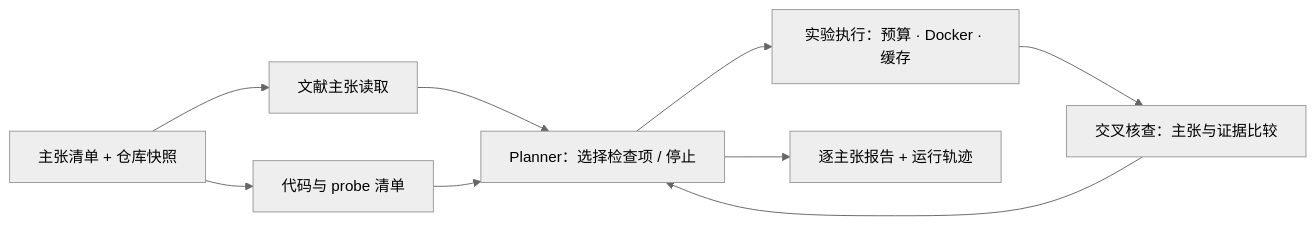
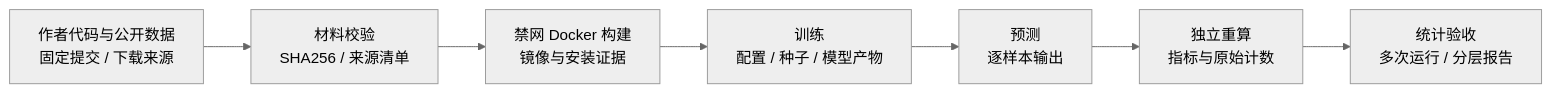
One commit to Gump111458785/ArtiCheck changed the first of 3 diagrams in README.md. Above: the diagram before and after it, drawn with Mermaid (neutral theme). The commit also changed other lines of this file and 1 other file, not shown here.

````diff
--- a/README.md
+++ b/README.md
@@ -150,11 +40,9 @@
 ```mermaid
 flowchart LR
-    T["主张清单 + 仓库快照"] --> L["文献主张读取"]
-    T --> C["代码与 probe 清单"]
-    L --> P["Planner：选择检查项 / 停止"]
-    C --> P
-    P --> E["实验执行：预算 · Docker · 缓存"]
-    E --> A["交叉核查：主张与证据比较"]
-    A --> P
-    P --> R["逐主张报告 + 运行轨迹"]
+    A["作者代码与公开数据<br>固定提交 / 下载来源"] --> B["材料校验<br>SHA256 / 来源清单"]
+    B --> C["禁网 Docker 构建<br>镜像与安装证据"]
+    C --> D["训练<br>配置 / 种子 / 模型产物"]
+    D --> E["预测<br>逐样本输出"]
+    E --> F["独立重算<br>指标与原始计数"]
+    F --> G["统计验收<br>多次运行 / 分层报告"]
 ```
````
